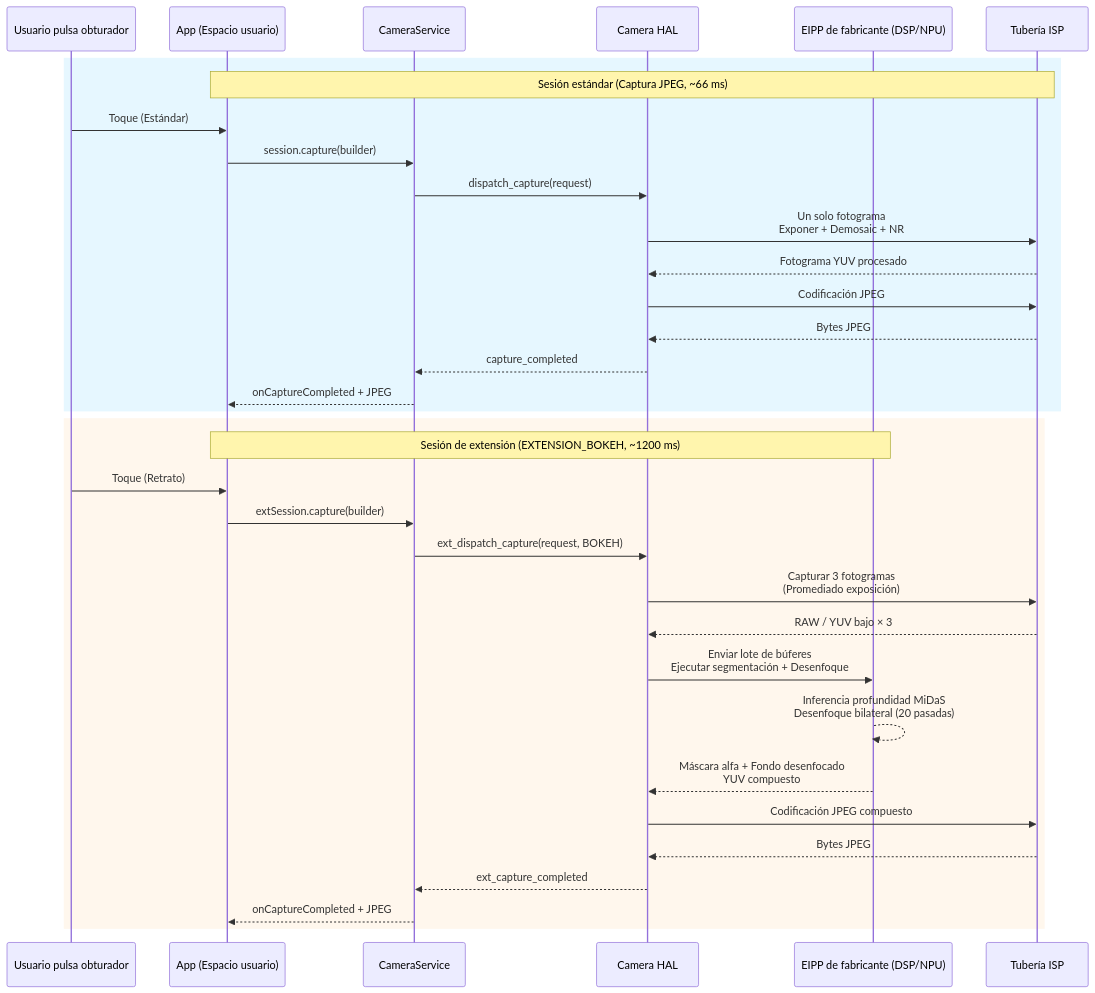
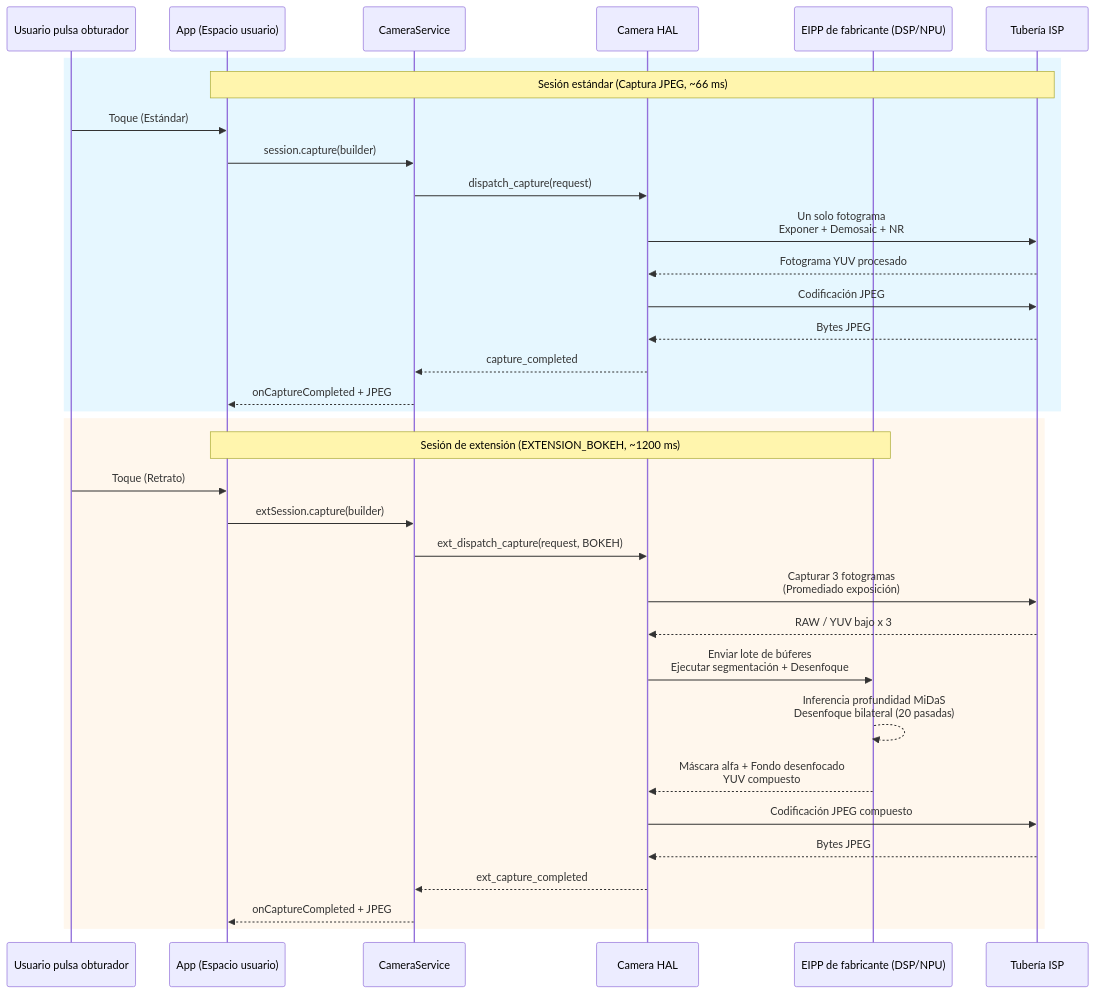
The second of 2 diagrams in website/i18n/es/docusaurus-plugin-content-docs/current/camera2/camera-extensions.md (zoozooll/AndroidCameraParameters), drawn with Mermaid before and after one commit. The commit also changed other lines of this file and 77 other files, not shown here.

First line of the commit message:
docs: standardize Mermaid syntax and polish 3A pipeline translations

````diff
--- a/website/i18n/es/docusaurus-plugin-content-docs/current/camera2/camera-extensions.md
+++ b/website/i18n/es/docusaurus-plugin-content-docs/current/camera2/camera-extensions.md
@@ -317,38 +317,38 @@
 ```mermaid
 sequenceDiagram
     participant U as Usuario pulsa obturador
     participant APP as App (Espacio usuario)
     participant CAM as CameraService
     participant HAL as Camera HAL
     participant EIPP as EIPP de fabricante (DSP/NPU)
     participant ISP as Tubería ISP
 
     rect rgb(230, 247, 255)
         Note over APP,ISP: Sesión estándar (Captura JPEG, ~66 ms)
         U->>APP: Toque (Estándar)
         APP->>CAM: session.capture(builder)
         CAM->>HAL: dispatch_capture(request)
         HAL->>ISP: Un solo fotograma<br/>Exponer + Demosaic + NR
         ISP-->>HAL: Fotograma YUV procesado
         HAL->>ISP: Codificación JPEG
         ISP-->>HAL: Bytes JPEG
         HAL-->>CAM: capture_completed
         CAM-->>APP: onCaptureCompleted + JPEG
     end
 
     rect rgb(255, 247, 237)
         Note over APP,EIPP: Sesión de extensión (EXTENSION_BOKEH, ~1200 ms)
         U->>APP: Toque (Retrato)
         APP->>CAM: extSession.capture(builder)
         CAM->>HAL: ext_dispatch_capture(request, BOKEH)
         HAL->>ISP: Capturar 3 fotogramas<br/>(Promediado exposición)
-        ISP-->>HAL: RAW / YUV bajo × 3
+        ISP-->>HAL: RAW / YUV bajo x 3
         HAL->>EIPP: Enviar lote de búferes<br/>Ejecutar segmentación + Desenfoque
         EIPP-->>EIPP: Inferencia profundidad MiDaS<br/>Desenfoque bilateral (20 pasadas)
         EIPP-->>HAL: Máscara alfa + Fondo desenfocado<br/>YUV compuesto
         HAL->>ISP: Codificación JPEG compuesto
         ISP-->>HAL: Bytes JPEG
         HAL-->>CAM: ext_capture_completed
         CAM-->>APP: onCaptureCompleted + JPEG
     end
 ```
````
